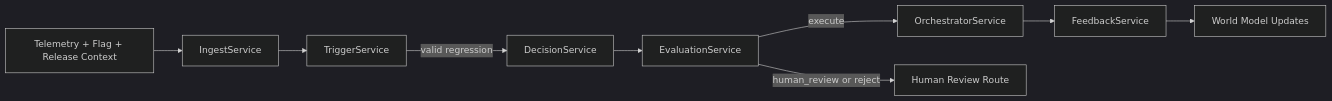
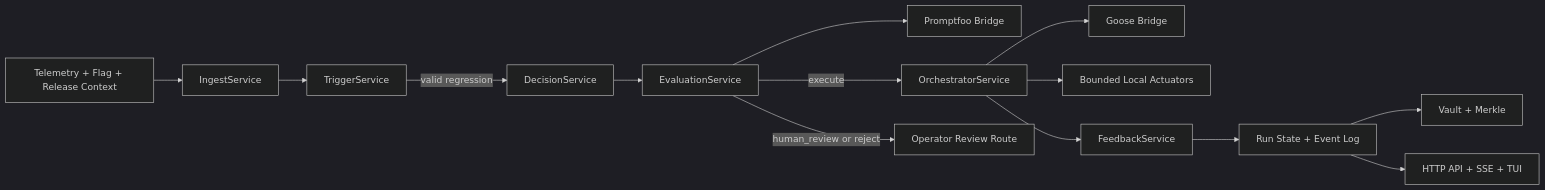
One commit to LusisLabs/orbital-mesh changed the first of 2 diagrams in architecture.md. Above: the diagram before and after it, drawn with Mermaid (dark theme). The commit also changed other lines of this file and 83 other files, not shown here.

````diff
--- a/architecture.md
+++ b/architecture.md
@@ -10,11 +11,16 @@
 ```mermaid
 flowchart LR
     raw[Telemetry + Flag + Release Context] --> ingest[IngestService]
     ingest --> trigger[TriggerService]
     trigger -->|valid regression| decision[DecisionService]
     decision --> evaluation[EvaluationService]
-    evaluation -->|execute| execution[OrchestratorService]
-    evaluation -->|human_review or reject| review[Human Review Route]
-    execution --> feedback[FeedbackService]
-    feedback --> world[World Model Updates]
+    evaluation --> promptfoo[Promptfoo Bridge]
+    evaluation -->|execute| orchestrator[OrchestratorService]
+    evaluation -->|human_review or reject| operator[Operator Review Route]
+    orchestrator --> goose[Goose Bridge]
+    orchestrator --> actuators[Bounded Local Actuators]
+    orchestrator --> feedback[FeedbackService]
+    feedback --> state[Run State + Event Log]
+    state --> vault[Vault + Merkle]
+    state --> api[HTTP API + SSE + TUI]
 ```
````
